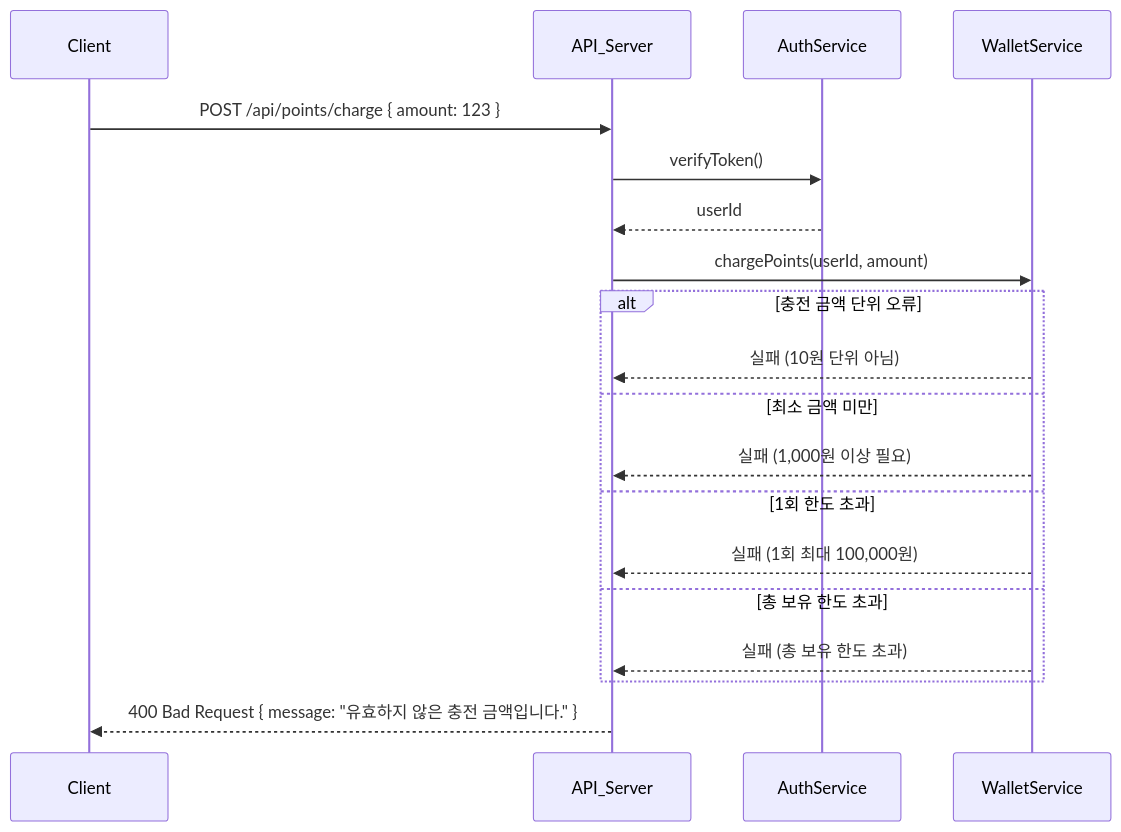
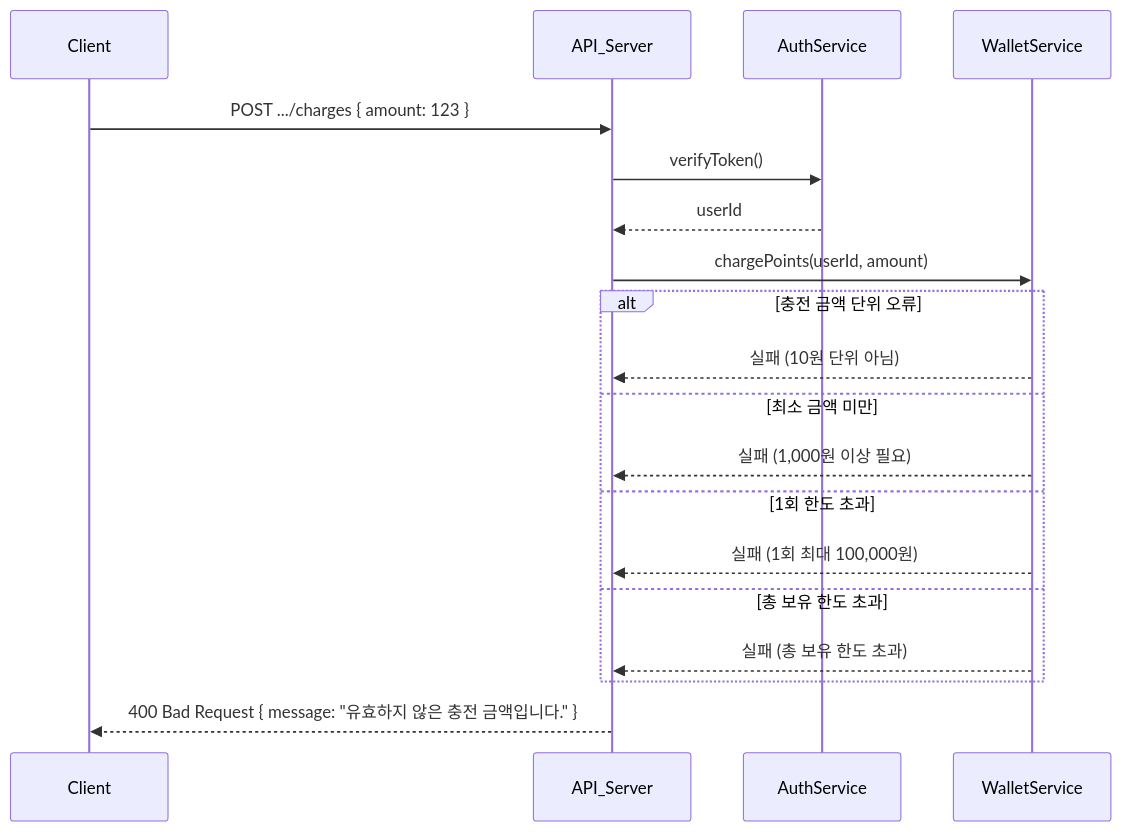
One commit to seho0808/hh-9-be-2 changed the second of 2 diagrams in docs/04-sequence-diagrams/01-wallet.md. Above: the diagram before and after it, drawn with Mermaid. The commit also changed other lines of this file and 6 other files, not shown here.

````diff
--- a/docs/04-sequence-diagrams/01-wallet.md
+++ b/docs/04-sequence-diagrams/01-wallet.md
@@ -30,25 +34,25 @@
 ```mermaid
 sequenceDiagram
 participant Client
 participant API_Server
 participant AuthService
 participant WalletService
 
-    Client->>API_Server: POST /api/points/charge { amount: 123 }
+    Client->>API_Server: POST .../charges { amount: 123 }
     API_Server->>AuthService: verifyToken()
     AuthService-->>API_Server: userId
 
     API_Server->>WalletService: chargePoints(userId, amount)
 
     alt 충전 금액 단위 오류
         WalletService-->>API_Server: 실패 (10원 단위 아님)
     else 최소 금액 미만
         WalletService-->>API_Server: 실패 (1,000원 이상 필요)
     else 1회 한도 초과
         WalletService-->>API_Server: 실패 (1회 최대 100,000원)
     else 총 보유 한도 초과
         WalletService-->>API_Server: 실패 (총 보유 한도 초과)
     end
 
     API_Server-->>Client: 400 Bad Request { message: "유효하지 않은 충전 금액입니다." }
 ```
````
